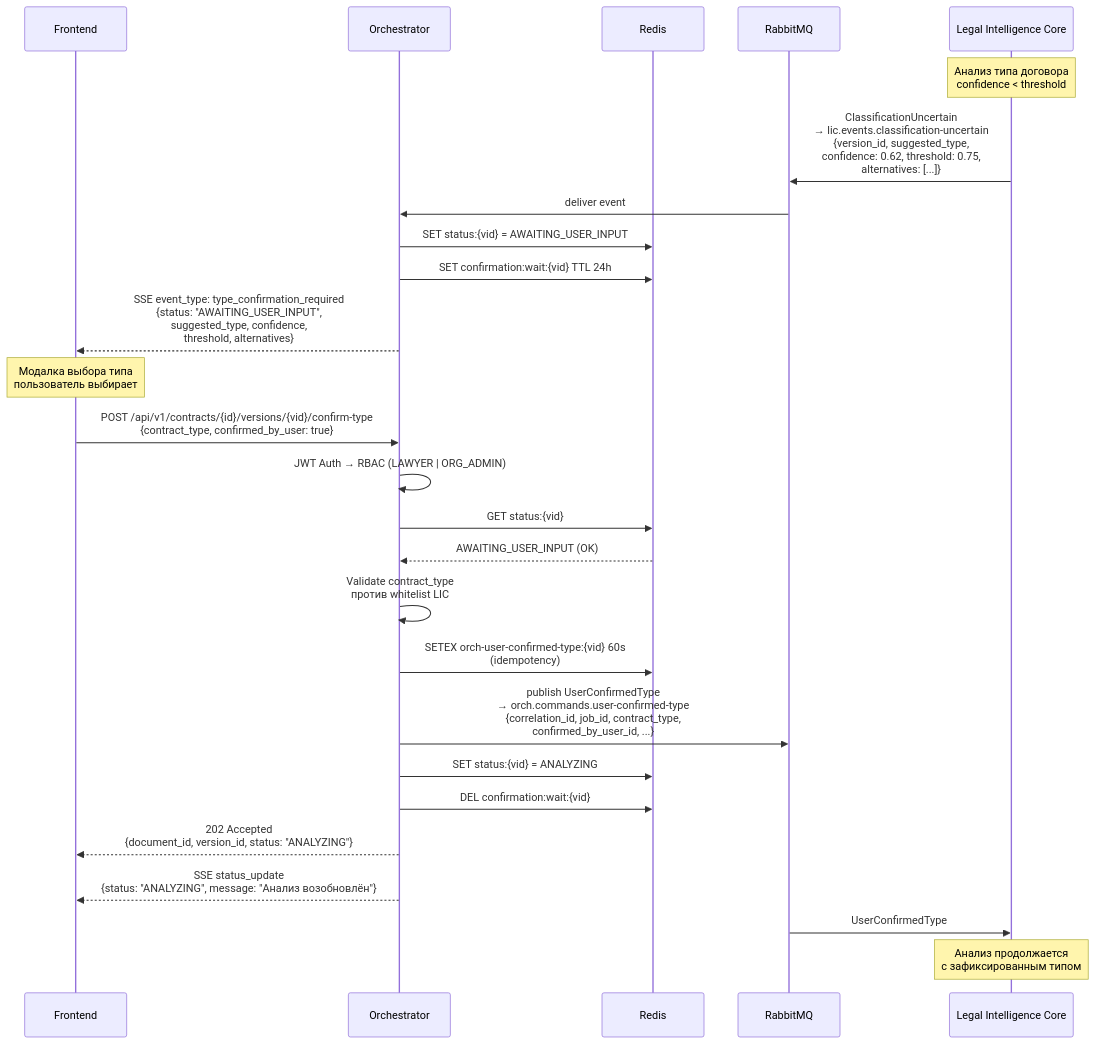
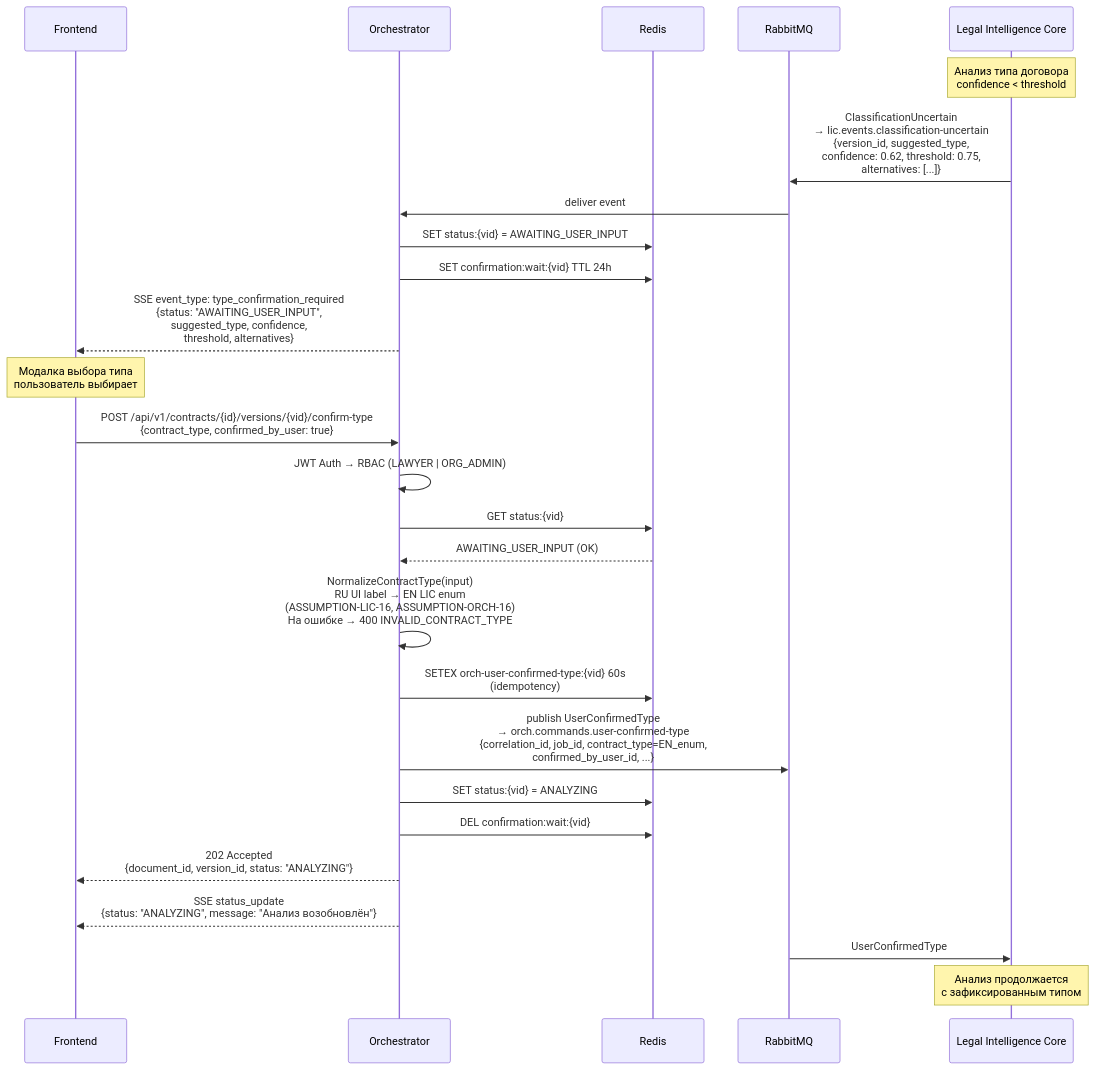
Diagram 24 of 26 in ApiBackendOrchestrator/architecture/sequence-diagrams.md (107Alena/ContractPro), drawn with Mermaid before and after one commit. The commit also changed 17 other files, not shown here.

First line of the commit message:
feat(orch): normalize contract_type RU→EN for UserConfirmedType (ORCH-TASK-055)

````diff
--- a/ApiBackendOrchestrator/architecture/sequence-diagrams.md
+++ b/ApiBackendOrchestrator/architecture/sequence-diagrams.md
@@ -658,40 +658,40 @@
 ```mermaid
 sequenceDiagram
     participant FE as Frontend
     participant ORCH as Orchestrator
     participant Redis as Redis
     participant RMQ as RabbitMQ
     participant LIC as Legal Intelligence Core
 
     Note over LIC: Анализ типа договора<br/>confidence < threshold
 
     LIC->>RMQ: ClassificationUncertain<br/>→ lic.events.classification-uncertain<br/>{version_id, suggested_type,<br/>confidence: 0.62, threshold: 0.75,<br/>alternatives: [...]}
     RMQ->>ORCH: deliver event
 
     ORCH->>Redis: SET status:{vid} = AWAITING_USER_INPUT
     ORCH->>Redis: SET confirmation:wait:{vid} TTL 24h
     ORCH-->>FE: SSE event_type: type_confirmation_required<br/>{status: "AWAITING_USER_INPUT",<br/>suggested_type, confidence,<br/>threshold, alternatives}
 
     Note over FE: Модалка выбора типа<br/>пользователь выбирает
 
     FE->>ORCH: POST /api/v1/contracts/{id}/versions/{vid}/confirm-type<br/>{contract_type, confirmed_by_user: true}
     ORCH->>ORCH: JWT Auth → RBAC (LAWYER | ORG_ADMIN)
 
     ORCH->>Redis: GET status:{vid}
     Redis-->>ORCH: AWAITING_USER_INPUT (OK)
 
-    ORCH->>ORCH: Validate contract_type<br/>против whitelist LIC
+    ORCH->>ORCH: NormalizeContractType(input)<br/>RU UI label → EN LIC enum<br/>(ASSUMPTION-LIC-16, ASSUMPTION-ORCH-16)<br/>На ошибке → 400 INVALID_CONTRACT_TYPE
 
     ORCH->>Redis: SETEX orch-user-confirmed-type:{vid} 60s<br/>(idempotency)
 
-    ORCH->>RMQ: publish UserConfirmedType<br/>→ orch.commands.user-confirmed-type<br/>{correlation_id, job_id, contract_type,<br/>confirmed_by_user_id, ...}
+    ORCH->>RMQ: publish UserConfirmedType<br/>→ orch.commands.user-confirmed-type<br/>{correlation_id, job_id, contract_type=EN_enum,<br/>confirmed_by_user_id, ...}
 
     ORCH->>Redis: SET status:{vid} = ANALYZING
     ORCH->>Redis: DEL confirmation:wait:{vid}
 
     ORCH-->>FE: 202 Accepted<br/>{document_id, version_id, status: "ANALYZING"}
     ORCH-->>FE: SSE status_update<br/>{status: "ANALYZING", message: "Анализ возобновлён"}
 
     RMQ->>LIC: UserConfirmedType
     Note over LIC: Анализ продолжается<br/>с зафиксированным типом
 ```
````
